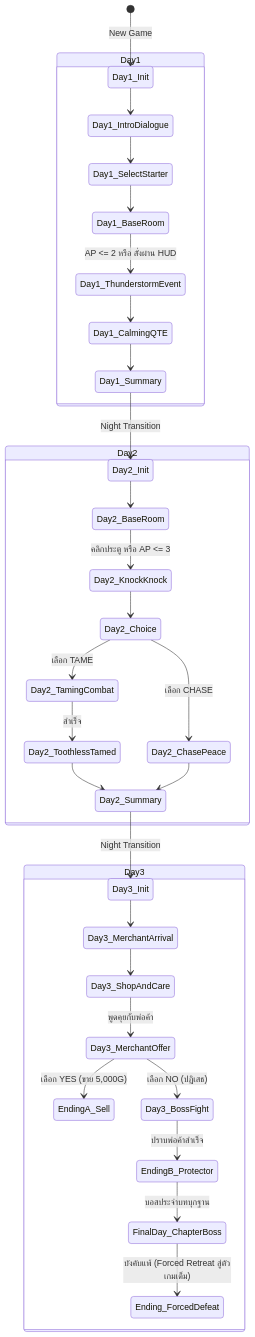
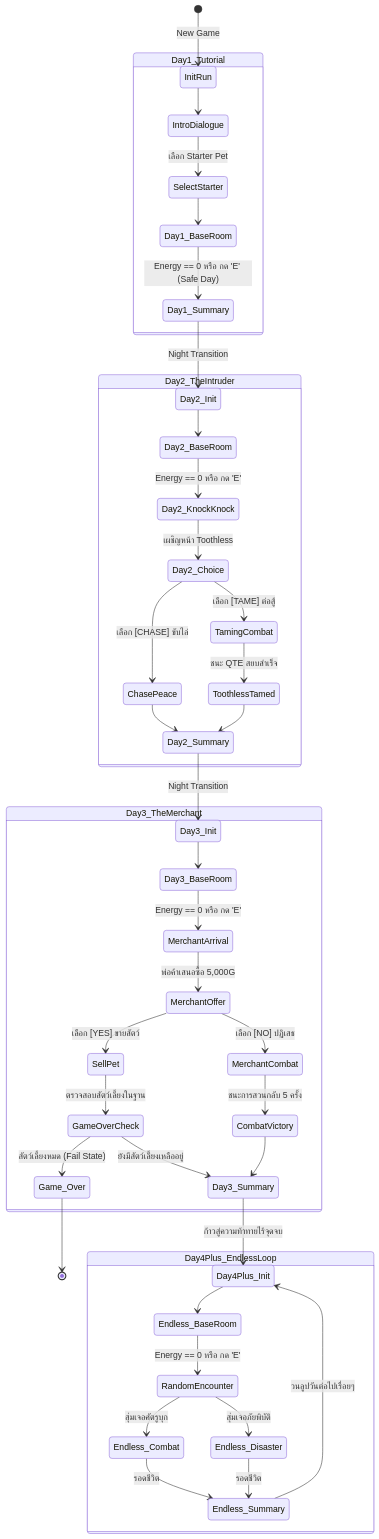
Before and after one commit to SShoww/Your-Story: the second of 2 diagrams in BEPAL/Docs/NewGDD/04-class-diagram.md, drawn with Mermaid. The commit also changed other lines of this file, not shown here.

````diff
--- a/BEPAL/Docs/NewGDD/04-class-diagram.md
+++ b/BEPAL/Docs/NewGDD/04-class-diagram.md
@@ -236,39 +271,55 @@
 ```mermaid
 stateDiagram-v2
-    [*] --> Day1_Init : New Game
-    
-    state Day1 {
-        Day1_Init --> Day1_IntroDialogue
-        Day1_IntroDialogue --> Day1_SelectStarter
-        Day1_SelectStarter --> Day1_BaseRoom
-        Day1_BaseRoom --> Day1_ThunderstormEvent : AP <= 2 หรือ สั่งผ่าน HUD
-        Day1_ThunderstormEvent --> Day1_CalmingQTE
-        Day1_CalmingQTE --> Day1_Summary
+    [*] --> InitRun : New Game
+
+    state Day1_Tutorial {
+        InitRun --> IntroDialogue
+        IntroDialogue --> SelectStarter : เลือก Starter Pet
+        SelectStarter --> Day1_BaseRoom
+        Day1_BaseRoom --> Day1_Summary : Energy == 0 หรือ กด 'E' (Safe Day)
+    }
+
+    Day1_Summary --> Day2_Init : Night Transition
+
+    state Day2_TheIntruder {
+        Day2_Init --> Day2_BaseRoom
+        Day2_BaseRoom --> Day2_KnockKnock : Energy == 0 หรือ กด 'E'
+        Day2_KnockKnock --> Day2_Choice : เผชิญหน้า Toothless
+        Day2_Choice --> ChasePeace : เลือก [CHASE] ขับไล่
+        Day2_Choice --> TamingCombat : เลือก [TAME] ต่อสู้
+        TamingCombat --> ToothlessTamed : ชนะ QTE สยบสำเร็จ
+        ToothlessTamed --> Day2_Summary
+        ChasePeace --> Day2_Summary
+    }
+
+    Day2_Summary --> Day3_Init : Night Transition
+
+    state Day3_TheMerchant {
+        Day3_Init --> Day3_BaseRoom
+        Day3_BaseRoom --> MerchantArrival : Energy == 0 หรือ กด 'E'
+        MerchantArrival --> MerchantOffer : พ่อค้าเสนอซื้อ 5,000G
+        
+        MerchantOffer --> SellPet : เลือก [YES] ขายสัตว์
+        SellPet --> GameOverCheck : ตรวจสอบสัตว์เลี้ยงในฐาน
+        GameOverCheck --> Game_Over : สัตว์เลี้ยงหมด (Fail State)
+        GameOverCheck --> Day3_Summary : ยังมีสัตว์เลี้ยงเหลืออยู่
+        
+        MerchantOffer --> MerchantCombat : เลือก [NO] ปฏิเสธ
+        MerchantCombat --> CombatVictory : ชนะการสวนกลับ 5 ครั้ง
+        CombatVictory --> Day3_Summary
+    }
+
+    Day3_Summary --> Day4Plus_Init : ก้าวสู่ความท้าทายไร้จุดจบ
+
+    state Day4Plus_EndlessLoop {
+        Day4Plus_Init --> Endless_BaseRoom
+        Endless_BaseRoom --> RandomEncounter : Energy == 0 หรือ กด 'E'
+        RandomEncounter --> Endless_Combat : สุ่มเจอศัตรูบุก
+        RandomEncounter --> Endless_Disaster : สุ่มเจอภัยพิบัติ
+        Endless_Combat --> Endless_Summary : รอดชีวิต
+        Endless_Disaster --> Endless_Summary : รอดชีวิต
+        Endless_Summary --> Day4Plus_Init : วนลูปวันต่อไปเรื่อยๆ
     }
     
-    Day1_Summary --> Day2_Init : Night Transition
-    
-    state Day2 {
-        Day2_Init --> Day2_BaseRoom
-        Day2_BaseRoom --> Day2_KnockKnock : คลิกประตู หรือ AP <= 3
-        Day2_KnockKnock --> Day2_Choice
-        Day2_Choice --> Day2_ChasePeace : เลือก CHASE
-        Day2_Choice --> Day2_TamingCombat : เลือก TAME
-        Day2_TamingCombat --> Day2_ToothlessTamed : สำเร็จ
-        Day2_ToothlessTamed --> Day2_Summary
-        Day2_ChasePeace --> Day2_Summary
-    }
-    
-    Day2_Summary --> Day3_Init : Night Transition
-    
-    state Day3 {
-        Day3_Init --> Day3_MerchantArrival
-        Day3_MerchantArrival --> Day3_ShopAndCare
-        Day3_ShopAndCare --> Day3_MerchantOffer : พูดคุยกับพ่อค้า
-        Day3_MerchantOffer --> EndingA_Sell : เลือก YES (ขาย 5,000G)
-        Day3_MerchantOffer --> Day3_BossFight : เลือก NO (ปฏิเสธ)
-        Day3_BossFight --> EndingB_Protector : ปราบพ่อค้าสำเร็จ
-        EndingB_Protector --> FinalDay_ChapterBoss : บอสประจำบทบุกฐาน
-        FinalDay_ChapterBoss --> Ending_ForcedDefeat : บังคับแพ้ (Forced Retreat สู่ตัวเกมเต็ม)
-    }
+    Game_Over --> [*]
 ```
````
